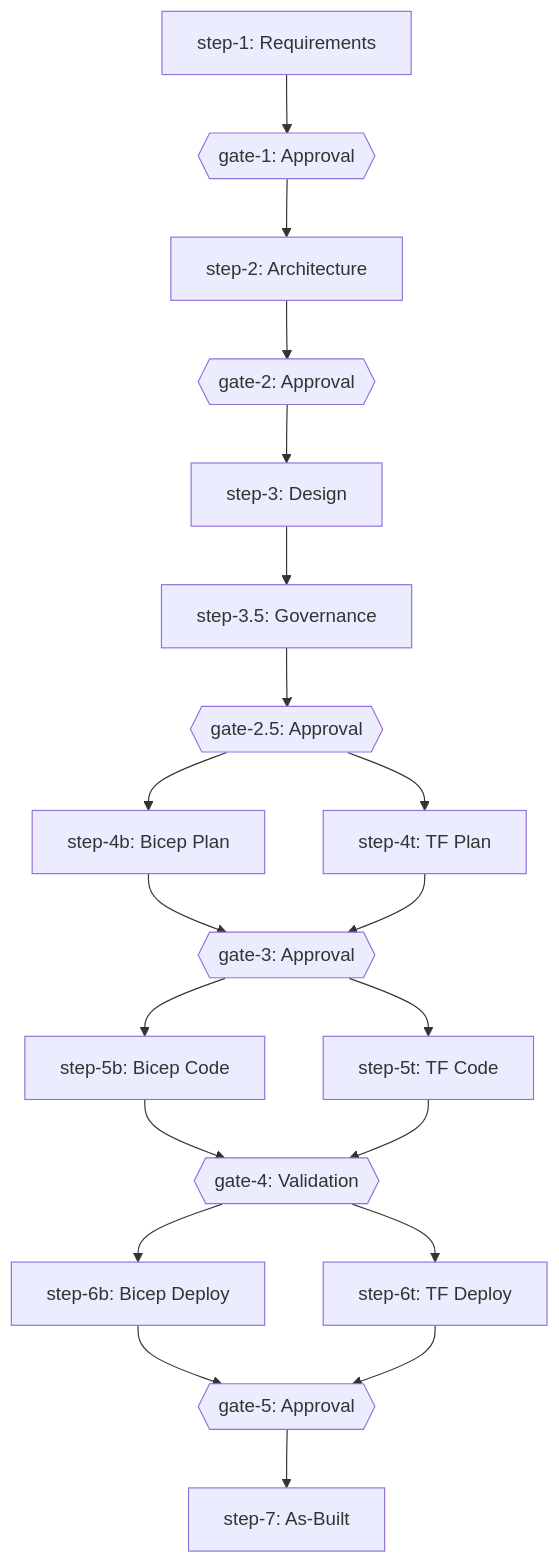
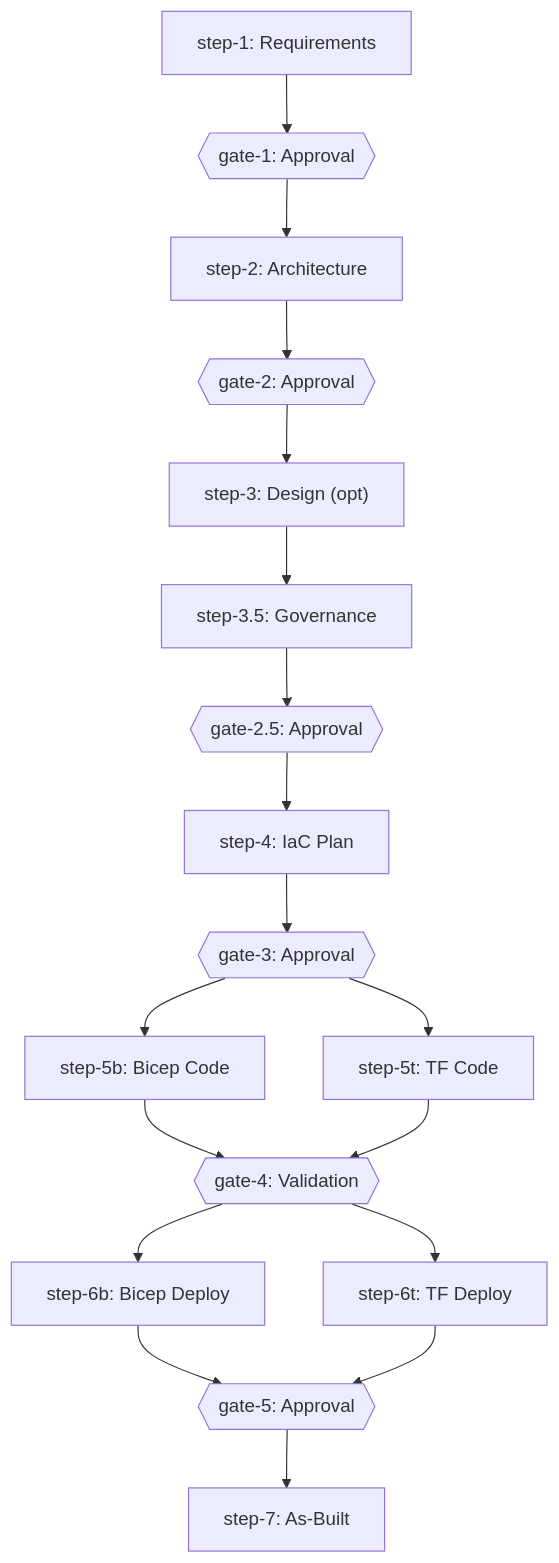
One commit to jonathan-vella/apex changed the first of 2 diagrams in site/src/content/docs/concepts/how-it-works/workflow-engine.md. Above: the diagram before and after it, drawn with Mermaid. The commit also changed other lines of this file and 4 other files, not shown here.

````diff
--- a/site/src/content/docs/concepts/how-it-works/workflow-engine.md
+++ b/site/src/content/docs/concepts/how-it-works/workflow-engine.md
@@ -17,35 +17,34 @@
 ```mermaid
 flowchart TD
 
 
 
     S1["step-1: Requirements"]
     G1{{"gate-1: Approval"}}:::gate
     S2["step-2: Architecture"]
     G2{{"gate-2: Approval"}}:::gate
-    S3["step-3: Design"]
+    S3["step-3: Design (opt)"]
     S35["step-3.5: Governance"]
     G25{{"gate-2.5: Approval"}}:::gate
-    S4B["step-4b: Bicep Plan"]
-    S4T["step-4t: TF Plan"]
+    S4["step-4: IaC Plan"]
     G3{{"gate-3: Approval"}}:::gate
     S5B["step-5b: Bicep Code"]
     S5T["step-5t: TF Code"]
     G4{{"gate-4: Validation"}}:::gate
     S6B["step-6b: Bicep Deploy"]
     S6T["step-6t: TF Deploy"]
     G5{{"gate-5: Approval"}}:::gate
     S7["step-7: As-Built"]:::endNode
 
     S1 --> G1 --> S2 --> G2
     G2 --> S3
     S3 --> S35
     S35 --> G25
-    G25 --> S4B & S4T
-    S4B & S4T --> G3
+    G25 --> S4
+    S4 --> G3
     G3 --> S5B & S5T
     S5B & S5T --> G4
     G4 --> S6B & S6T
     S6B & S6T --> G5
     G5 --> S7
 ```
````
